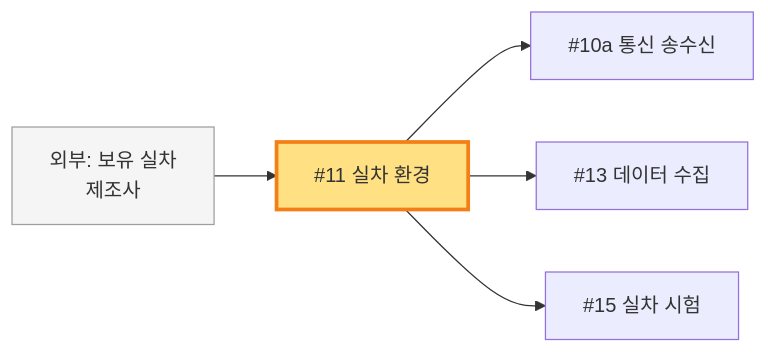
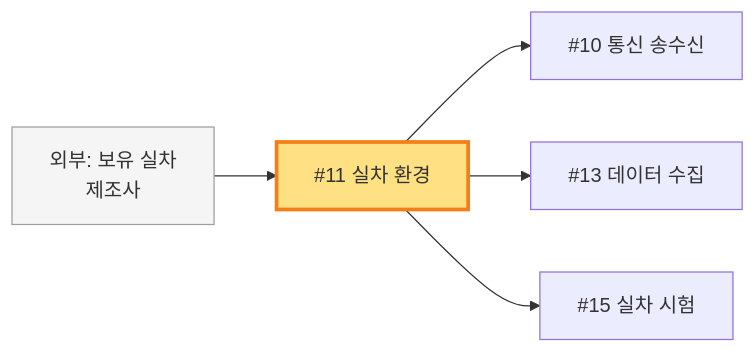
One commit to rebirther00/report changed diagram 11 of 15 in 11. DT/항목별_연계_다이어그램_v1.md. Above: the diagram before and after it, drawn with Mermaid. The commit also changed other lines of this file and 4 other files, not shown here.

````diff
--- a/11. DT/항목별_연계_다이어그램_v1.md
+++ b/11. DT/항목별_연계_다이어그램_v1.md
@@ -272,11 +257,11 @@
 ```mermaid
 graph LR
     EXT[외부: 보유 실차<br/>제조사] --> X
     
-    X[#11 실차 환경] --> I10a[#10a 통신 송수신]
+    X[#11 실차 환경] --> I10[#10 통신 송수신]
     X --> I13[#13 데이터 수집]
     X --> I15[#15 실차 시험]
     
     style X fill:#FFE082,stroke:#F57F17,stroke-width:3px
     style EXT fill:#F5F5F5,stroke:#9E9E9E
 ```
````
